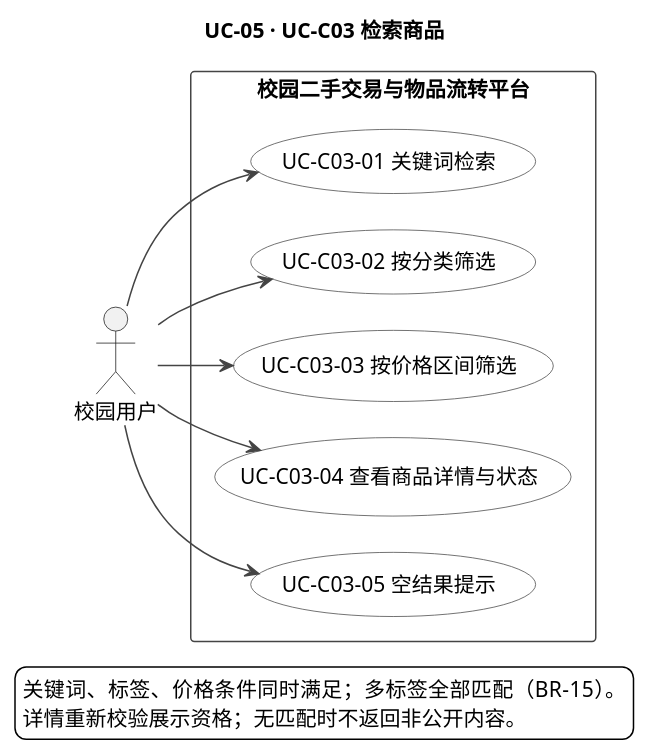
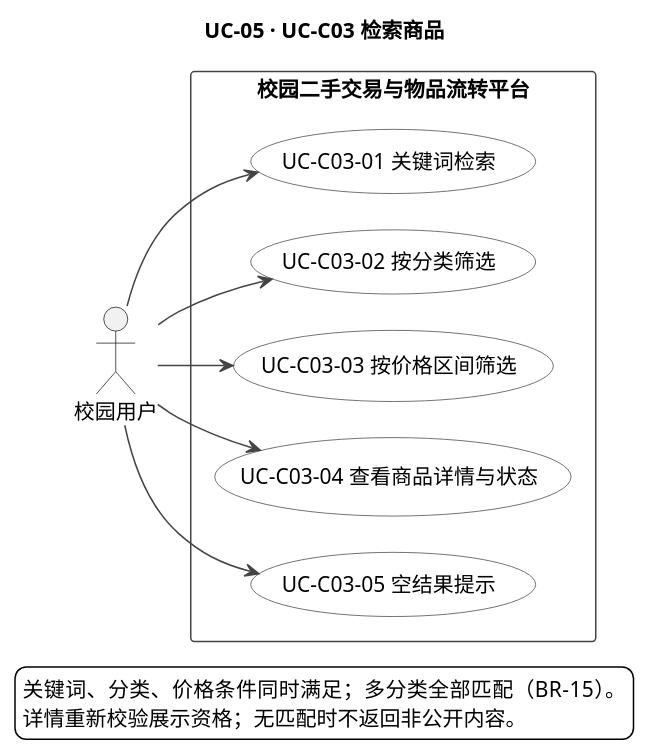
Before and after one commit to iy88/se-course-project-1: the diagram in docs/appendices/models/UC-05-检索商品用例图.puml, drawn with PlantUML. The commit also changed 53 other files, not shown here.

```diff
--- a/docs/appendices/models/UC-05-检索商品用例图.puml
+++ b/docs/appendices/models/UC-05-检索商品用例图.puml
@@ -1,71 +1,71 @@
 @startuml
-' Version: 0.1.0
-' Version-Datetime: 2026-10-26T12:37:57+08:00
+' Version: 0.1.1
+' Version-Datetime: 2026-11-12T23:59:36+08:00
 title UC-05 · UC-C03 检索商品
 
 skinparam backgroundColor #FFFFFF
 skinparam defaultFontName "PingFang SC"
 skinparam shadowing false
 skinparam nodesep 24
 skinparam ranksep 38
 skinparam usecase {
   BackgroundColor #FFFFFF
   BorderColor #444444
 }
 skinparam rectangle {
   BackgroundColor #FFFFFF
   BorderColor #444444
 }
 skinparam ArrowColor #444444
 skinparam noteBackgroundColor #FFFFFF
 left to right direction
 
 actor 校园用户 as CampusUser
 
 rectangle "校园二手交易与物品流转平台" {
   usecase (UC-C03-01 关键词检索) as C0301
   usecase (UC-C03-02 按分类筛选) as C0302
   usecase (UC-C03-03 按价格区间筛选) as C0303
   usecase (UC-C03-04 查看商品详情与状态) as C0304
   usecase (UC-C03-05 空结果提示) as C0305
 }
 
 CampusUser --> C0301
 CampusUser --> C0302
 CampusUser --> C0303
 CampusUser --> C0304
 CampusUser --> C0305
 
 ' note right of C0302
-'   主名称与别名解析到同一分类；多标签须全部
-'   匹配，别名不重复计标签（BR-15、4.16）。
+'   主名称与别名解析到同一分类；多分类须全部
+'   匹配，别名不重复计算分类（BR-15、4.16）。
 ' end note
 
 ' note right of C0303
-'   价格区间包含端点；关键词、标签、价格条件
+'   价格区间包含端点；关键词、分类、价格条件
 '   同时生效（BR-15）。
 ' end note
 
 ' note bottom of C0301
 '   仅返回当前公开可交易且有展示资格的商品；
 '   交易中、已下架、待审核、审核未通过不进入
 '   在售结果。
 ' end note
 
 ' note bottom of C0304
 '   打开详情时重新校验展示资格；交易中仍可看
 '   详情，已下架或撤销公开访问则拒绝公开详情。
 ' end note
 
 ' note bottom of C0305
 '   无匹配时返回空列表并提示，不返回非公开
 '   商品，也不推断缺失原因。
 ' end note
 
 ' 组合筛选是同一次查询，不设 include；详情读取
 ' 和空结果提示是独立目标或结果分支。
 legend bottom
-关键词、标签、价格条件同时满足；多标签全部匹配（BR-15）。
+关键词、分类、价格条件同时满足；多分类全部匹配（BR-15）。
 详情重新校验展示资格；无匹配时不返回非公开内容。
 endlegend
 @enduml
```
